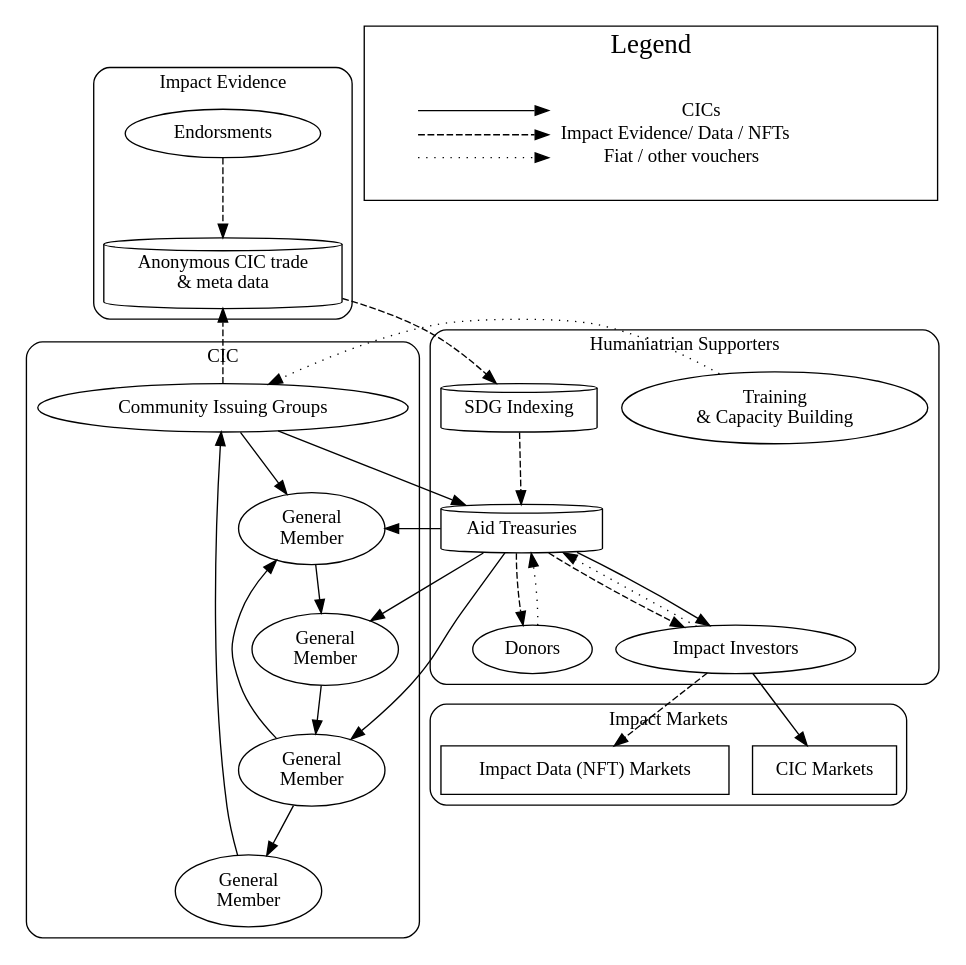
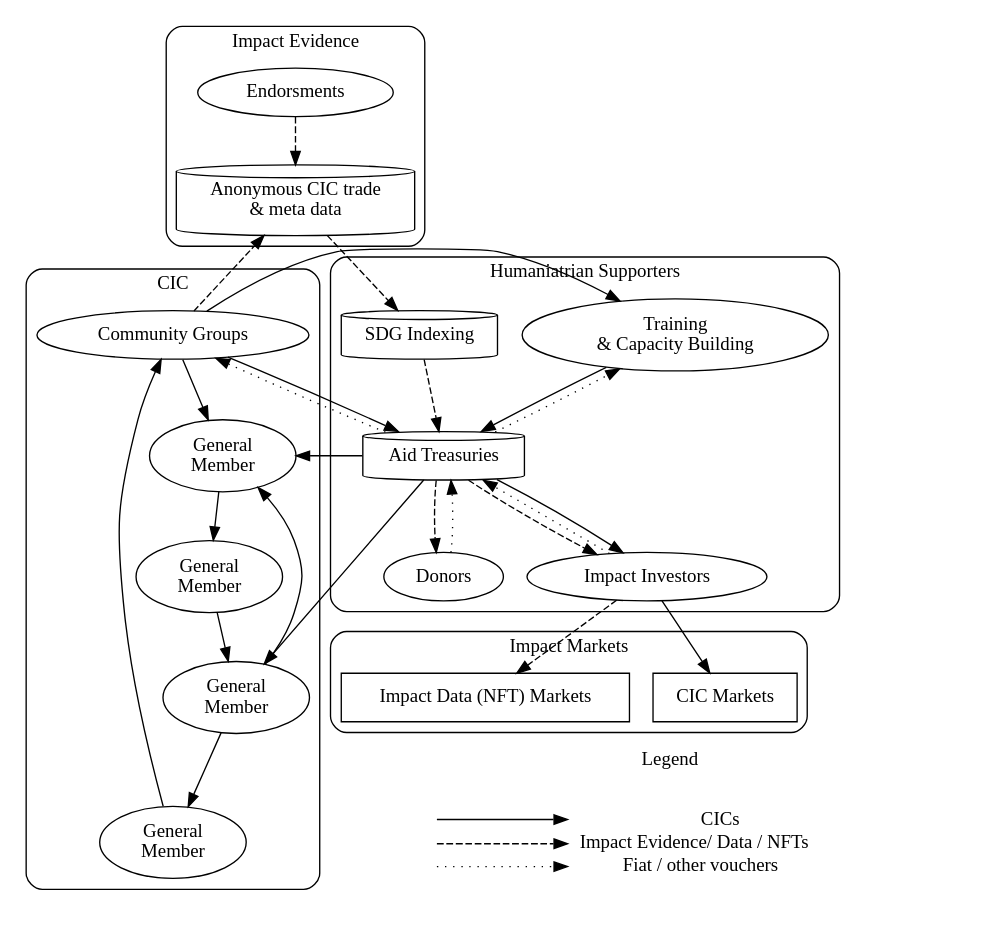
Before and after one commit to grassrootseconomics/docs.grassecon.org: the second of 2 diagrams in docs/ops.md, drawn with Graphviz. The commit also changed other lines of this file, not shown here.

Commit message:
more on operations

````diff
--- a/docs/ops.md
+++ b/docs/ops.md
@@ -84,15 +84,13 @@
 ```graphviz dot hum_dev.svg
 digraph D {
-rank="sink";
-compound=true;
-
+  rankdir=TB;
   subgraph cluster_v_1 {
       
     label = "CIC";
      style="rounded"
 
 
-	chama [label= "Community Issuing Groups"]
+	chama [label= "Community Groups"]
         nd_1a   [label = "General\nMember"];
         nd_2a   [label = "General\nMember"];
         nd_3a   [label = "General\nMember"];
@@ -138,29 +136,33 @@
 
   }
 
+  chama -> treasuries
+  treasuries->chama [style = dotted];
+  treasuries->training [style = dotted];
   donors -> treasuries [style = dotted];
   impacti -> treasuries [style = dotted, constraint=false];
   impacti -> nftm [style = dashed, constraint=false];
-  impacti -> cucm 
-  treasuries -> donors [style = dashed];
+  impacti -> cucm
+    treasuries -> donors [style = dashed];
   treasuries -> impacti [style = dashed];
   treasuries -> impacti
 
   chama -> datam [ style = dashed    ];
-  chama -> treasuries
+
   endo -> datam [ style = dashed    ];
   datam -> indexer [ style = dashed    ];
   indexer -> treasuries [ style = dashed    ];
-  training -> chama [ style = dotted   ];
+  
+  chama -> training;
+  training -> treasuries
   treasuries  -> nd_1a
-  treasuries  -> nd_2a
   treasuries  -> nd_3a
   
 
-subgraph clusterLegend_5 { 
+subgraph cluster_Legend_5 { 
     rank = sink;
+    peripheries=0;
     label = "Legend";
-    fontsize = 20
     node [ color="white" ]
     {rank=same; key, key2}
     key [ label=<<table border="0" cellpadding="1" cellspacing="0" cellborder="0">
@@ -177,6 +179,9 @@
     key:i2 -> key2:i2 [ style=dashed ]
     key:i3 -> key2:i3 [ style=dotted ]
    }
+   
+   edge[ style = invis ];
+   {nd_3a nftm} -> key:i1;
 
 }
 ```
````
